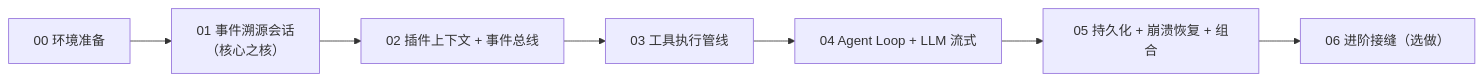
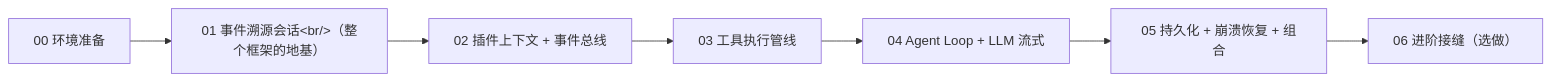
Before and after one commit to ZZKeepCurious/mini-deepseek-harness-python: the diagram in docs/README.md, drawn with Mermaid. The commit also changed other lines of this file and 2 other files, not shown here.

Commit message:
docs: fix stale test count (62->63), escape mermaid br, drop leftover rhetoric

````diff
--- a/docs/README.md
+++ b/docs/README.md
@@ -22,9 +22,9 @@
 ```mermaid
 flowchart LR
-  A["00 环境准备"] --> B["01 事件溯源会话<br/>（核心之核）"]
+  A["00 环境准备"] --> B["01 事件溯源会话&lt;br/&gt;（整个框架的地基）"]
   B --> C["02 插件上下文 + 事件总线"]
   C --> D["03 工具执行管线"]
   D --> E["04 Agent Loop + LLM 流式"]
   E --> F["05 持久化 + 崩溃恢复 + 组合"]
   F --> G["06 进阶接缝（选做）"]
 ```
````
